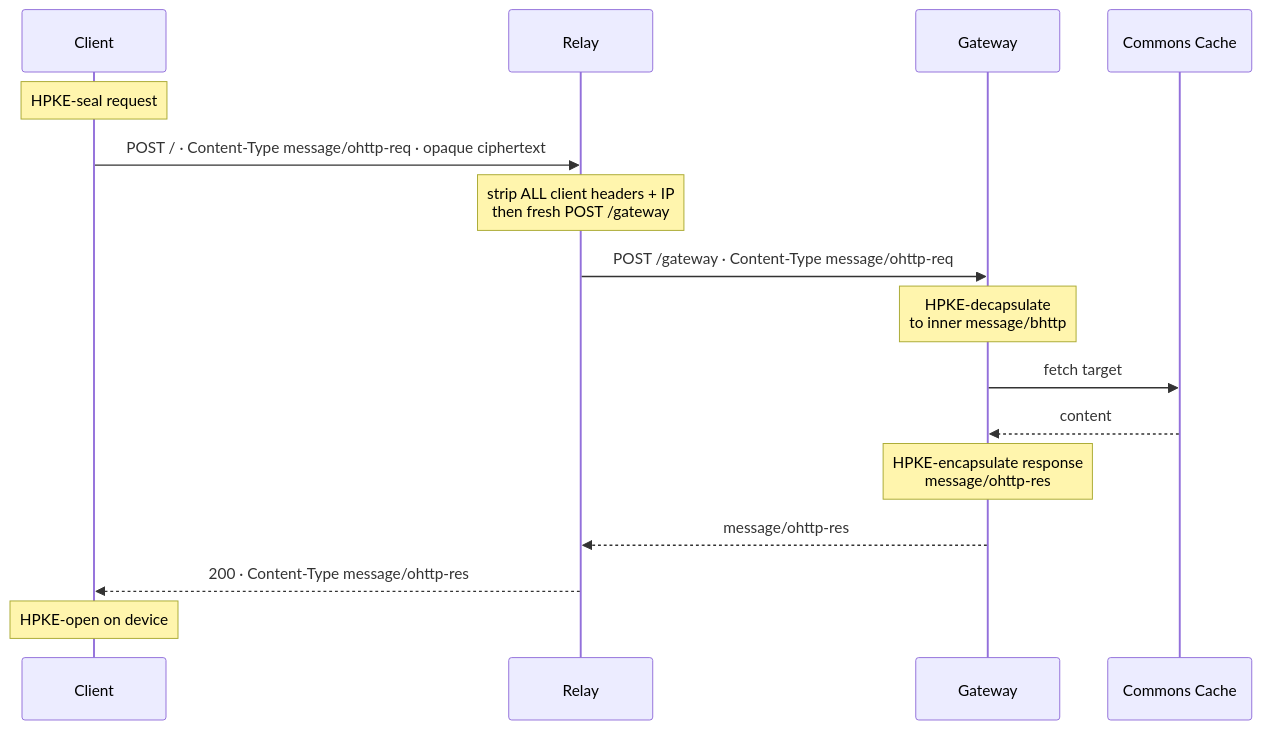
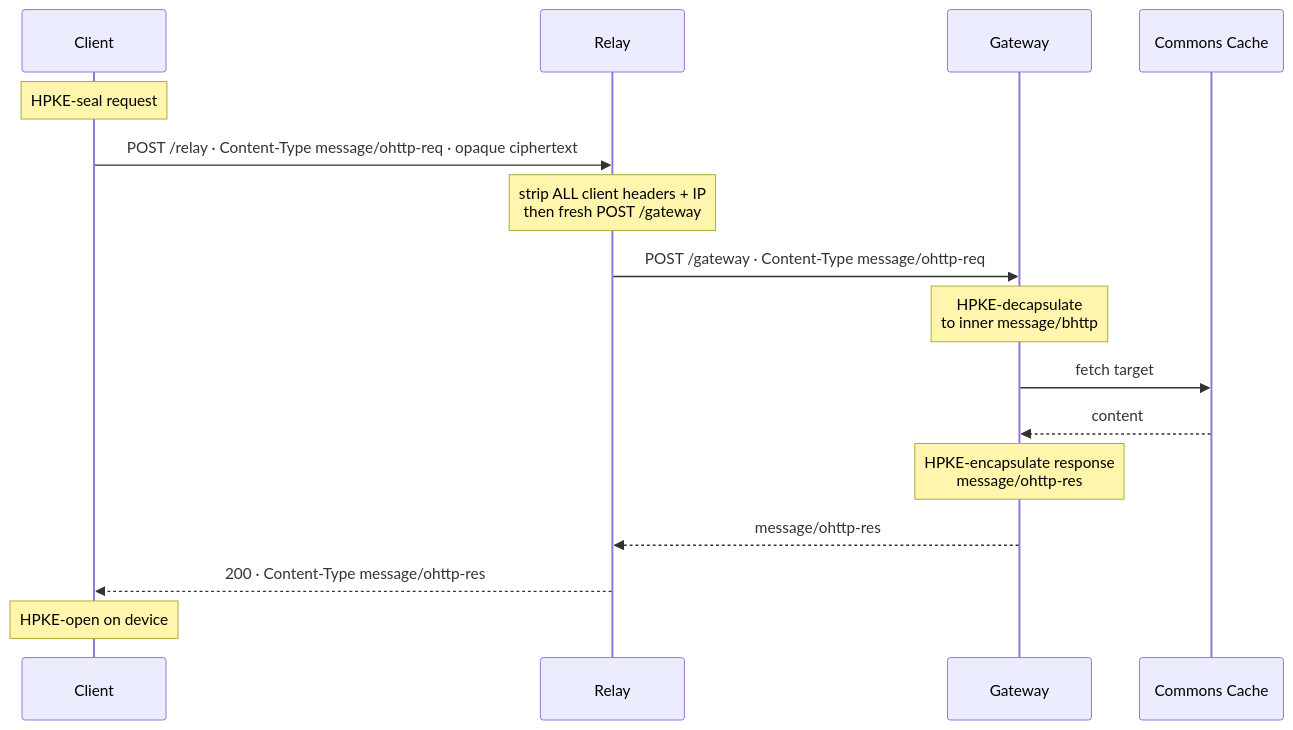
One commit to wbsmolen/columbia changed the diagram in ohttp-relay/README.md. Above: the diagram before and after it, drawn with Mermaid. The commit also changed other lines of this file and 7 other files, not shown here.

````diff
--- a/ohttp-relay/README.md
+++ b/ohttp-relay/README.md
@@ -24,19 +24,19 @@
 ```mermaid
 sequenceDiagram
     participant client as Client
     participant relay as Relay
     participant gateway as Gateway
     participant commons as Commons Cache
 
     Note over client: HPKE-seal request
-    client->>relay: POST / · Content-Type message/ohttp-req · opaque ciphertext
+    client->>relay: POST /relay · Content-Type message/ohttp-req · opaque ciphertext
     Note over relay: strip ALL client headers + IP<br/>then fresh POST /gateway
     relay->>gateway: POST /gateway · Content-Type message/ohttp-req
     Note over gateway: HPKE-decapsulate<br/>to inner message/bhttp
     gateway->>commons: fetch target
     commons-->>gateway: content
     Note over gateway: HPKE-encapsulate response<br/>message/ohttp-res
     gateway-->>relay: message/ohttp-res
     relay-->>client: 200 · Content-Type message/ohttp-res
     Note over client: HPKE-open on device
 ```
````
